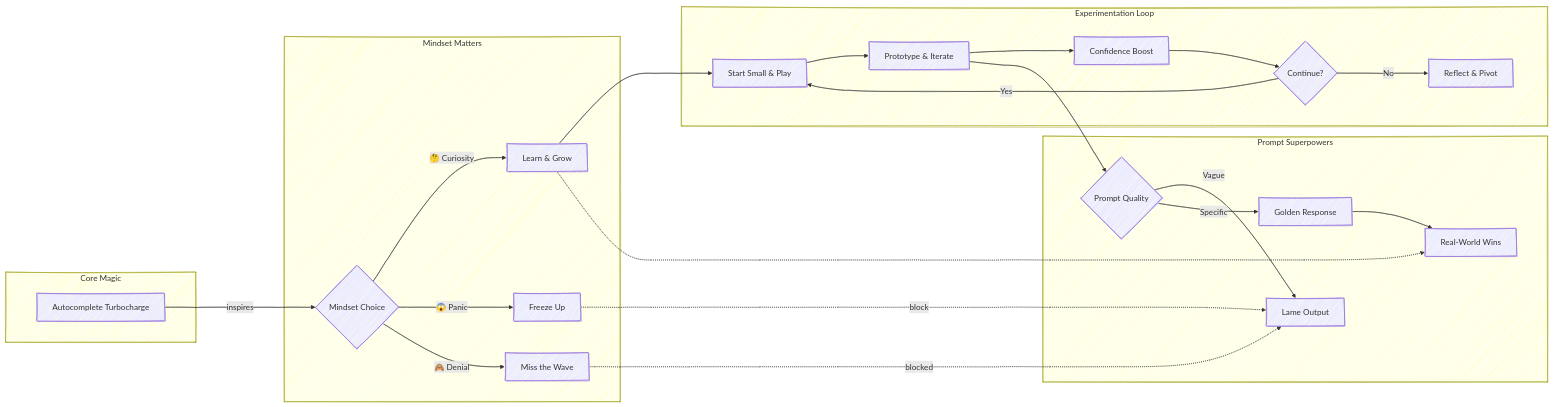
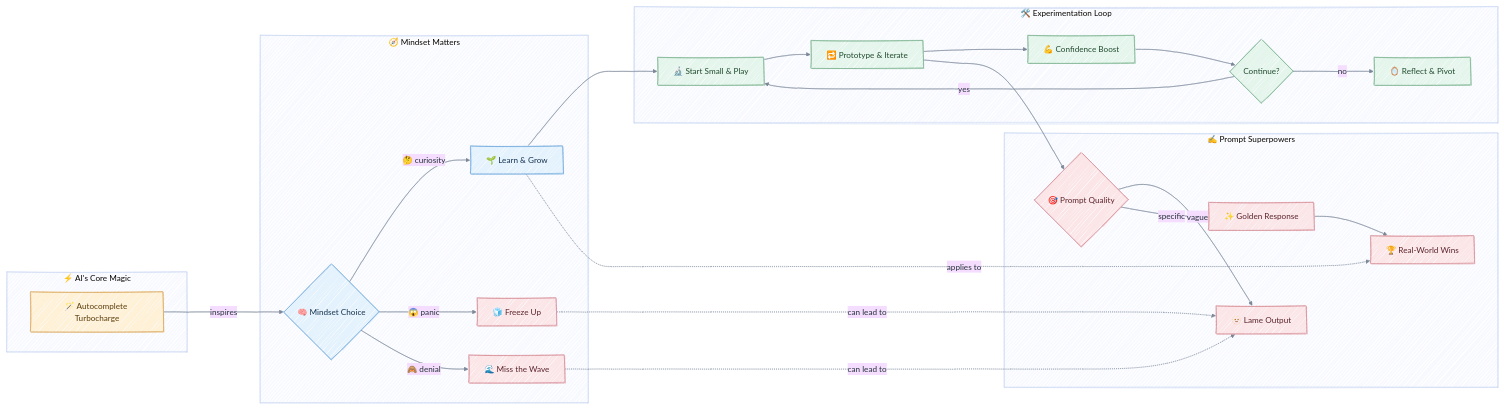
Before and after one commit to enogrob/enogrob.github.io: the diagram in _posts/2025-03-31-generative-ai-in-a-nutshell.md, drawn with Mermaid. The commit also changed 12 other files, not shown here.

````diff
--- a/_posts/2025-03-31-generative-ai-in-a-nutshell.md
+++ b/_posts/2025-03-31-generative-ai-in-a-nutshell.md
@@ -50,34 +50,43 @@
 ```mermaid!
-%%{init: {"theme": "default", "look": "handDrawn", "flowchart": {"nodeSpacing": 60, "rankSpacing": 120}}}%%
+%%{init: {"theme": "base", "look": "handDrawn", "themeVariables": {"fontFamily": "ui-sans-serif, system-ui, sans-serif", "lineColor": "#7c8798", "primaryTextColor": "#263238"}, "flowchart": {"nodeSpacing": 55, "rankSpacing": 90}}}%%
 flowchart LR
-  subgraph Core_Magic["Core Magic"]
-    A[Autocomplete Turbocharge]
+  subgraph Core_Magic["⚡ AI's Core Magic"]
+    A["🪄 Autocomplete Turbocharge"]
   end
 
-  subgraph Mindset["Mindset Matters"]
-    A -->|inspires| B{Mindset Choice}
-    B -->|🤔 Curiosity| C[Learn & Grow]
-    B -->|😱 Panic| D[Freeze Up]
-    B -->|🙈 Denial| E[Miss the Wave]
+  subgraph Mindset["🧭 Mindset Matters"]
+    A -->|inspires| B{"🧠 Mindset Choice"}
+    B -->|🤔 curiosity| C["🌱 Learn & Grow"]
+    B -->|😱 panic| D["🧊 Freeze Up"]
+    B -->|🙈 denial| E["🌊 Miss the Wave"]
   end
 
-  subgraph Experiment["Experimentation Loop"]
-    C --> F[Start Small & Play]
-    F --> G[Prototype & Iterate]
-    G --> H[Confidence Boost]
-    H --> I{Continue?}
-    I -->|Yes| F
-    I -->|No| J[Reflect & Pivot]
+  subgraph Experiment["🛠️ Experimentation Loop"]
+    C --> F["🔬 Start Small & Play"]
+    F --> G["🔁 Prototype & Iterate"]
+    G --> H["💪 Confidence Boost"]
+    H --> I{"Continue?"}
+    I -->|yes| F
+    I -->|no| J["🪞 Reflect & Pivot"]
   end
 
-  subgraph Prompting["Prompt Superpowers"]
-    G --> K{Prompt Quality}
-    K -->|Vague| L[Lame Output]
-    K -->|Specific| M[Golden Response]
-    M --> N[Real-World Wins]
+  subgraph Prompting["✍️ Prompt Superpowers"]
+    G --> K{"🎯 Prompt Quality"}
+    K -->|vague| L["🫥 Lame Output"]
+    K -->|specific| M["✨ Golden Response"]
+    M --> N["🏆 Real-World Wins"]
   end
 
-  C -.-> N
-  D -. block .-> L
-  E -. blocked .-> L
+  C -.->|applies to| N
+  D -.->|can lead to| L
+  E -.->|can lead to| L
+
+  classDef core fill:#fff1d6,stroke:#d39b45,color:#5b3d0b,stroke-width:1px
+  classDef mindset fill:#e3f2fd,stroke:#5b9bd5,color:#16324f,stroke-width:1px
+  classDef experiment fill:#e4f5ec,stroke:#68a77d,color:#204b2d,stroke-width:1px
+  classDef outcome fill:#fbe5e7,stroke:#cf7d86,color:#5b252b,stroke-width:1px
+  class A core
+  class B,C mindset
+  class F,G,H,I,J experiment
+  class D,E,K,L,M,N outcome
 ```
````
